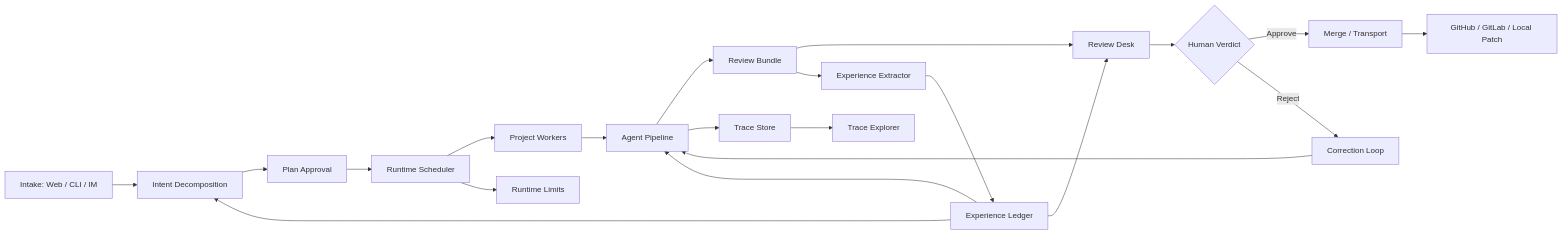
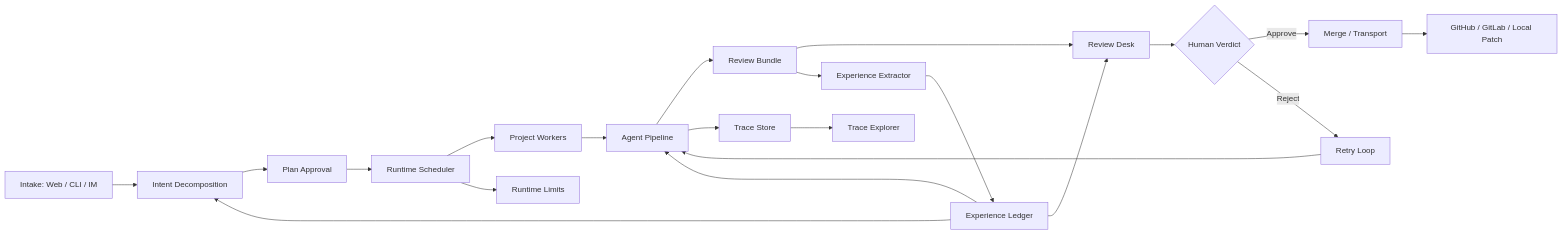
The diagram in docs/product/cpb-full-product-vision-plan.md (changw98ic/codepatchbay), drawn with Mermaid before and after one commit. The commit also changed other lines of this file and 15 other files, not shown here.

````diff
--- a/docs/product/cpb-full-product-vision-plan.md
+++ b/docs/product/cpb-full-product-vision-plan.md
@@ -76,24 +76,24 @@
 ```mermaid
 flowchart LR
   A["Intake: Web / CLI / IM"] --> B["Intent Decomposition"]
   B --> C["Plan Approval"]
   C --> D["Runtime Scheduler"]
   D --> E["Project Workers"]
   E --> F["Agent Pipeline"]
   F --> G["Review Bundle"]
   G --> H["Review Desk"]
   H --> I{"Human Verdict"}
   I -->|Approve| J["Merge / Transport"]
-  I -->|Reject| K["Correction Loop"]
+  I -->|Reject| K["Retry Loop"]
   K --> F
 
   D --> L["Runtime Limits"]
   F --> M["Trace Store"]
   G --> N["Experience Extractor"]
   N --> O["Experience Ledger"]
   O --> B
   O --> F
   O --> H
   M --> P["Trace Explorer"]
   J --> Q["GitHub / GitLab / Local Patch"]
 ```
````
